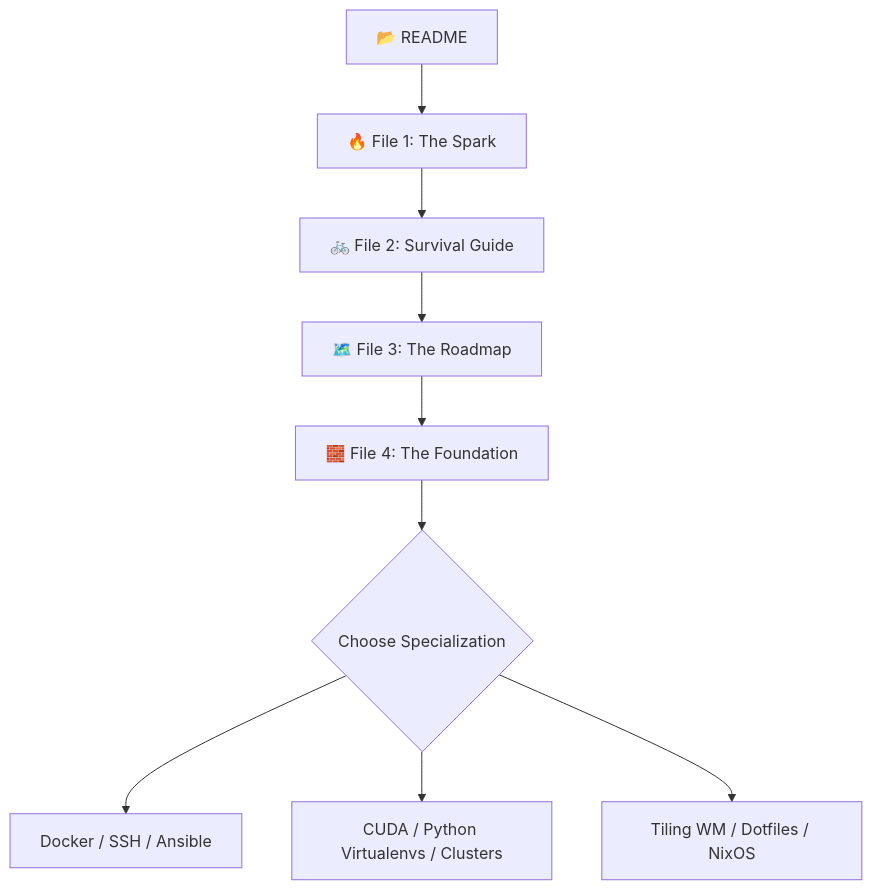
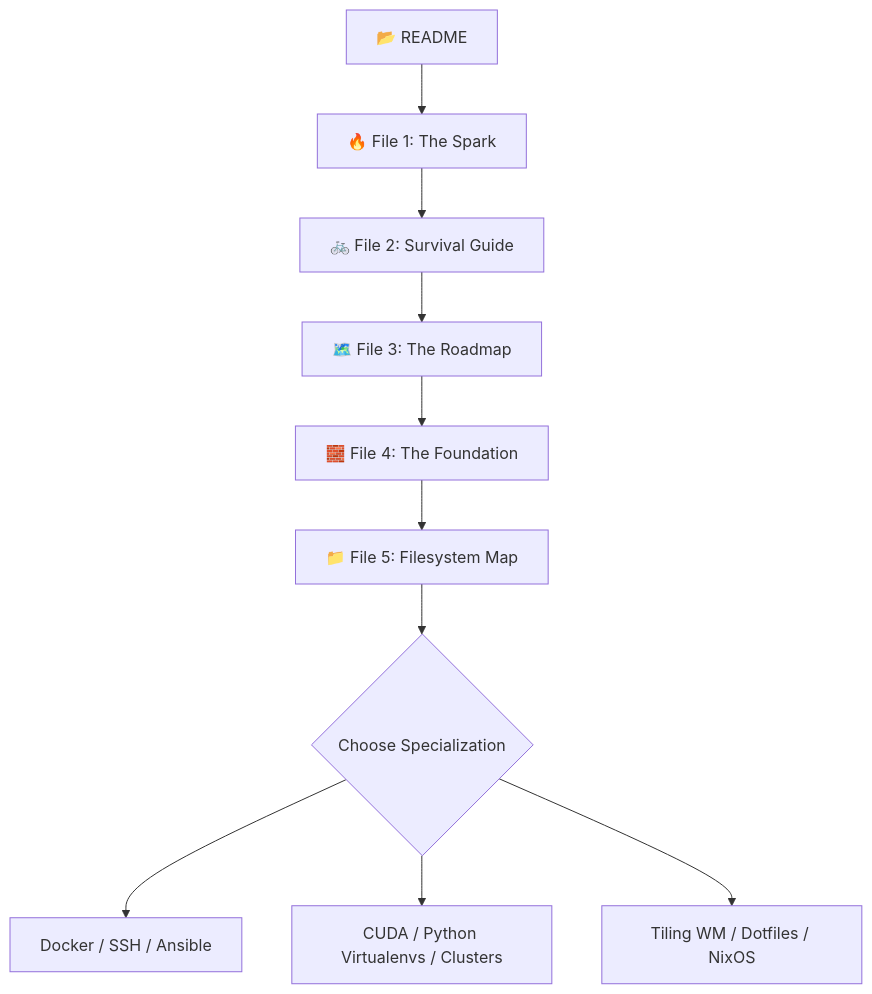
One commit to Harshajaya13/Foss-Club changed the second of 4 diagrams in README.md. Above: the diagram before and after it, drawn with Mermaid. The commit also changed other lines of this file and 7 other files, not shown here.

Commit message:
split Filesystem Map into 6 dedicated files in 04 - Root

````diff
--- a/README.md
+++ b/README.md
@@ -80,12 +82,13 @@
 ```mermaid
 graph TD
     Start["📂 README"] --> Spark["🔥 File 1: The Spark"]
     Spark --> Survival["🚲 File 2: Survival Guide"]
     Survival --> Roadmap["🗺️ File 3: The Roadmap"]
     Roadmap --> Foundation["🧱 File 4: The Foundation"]
-    Foundation --> Specialize{Choose Specialization}
+    Foundation --> RootMap["📁 File 5: Filesystem Map"]
+    RootMap --> Specialize{Choose Specialization}
     
     Specialize --> DevOps["Docker / SSH / Ansible"]
     Specialize --> AI["CUDA / Python Virtualenvs / Clusters"]
     Specialize --> Custom["Tiling WM / Dotfiles / NixOS"]
 ```
````
